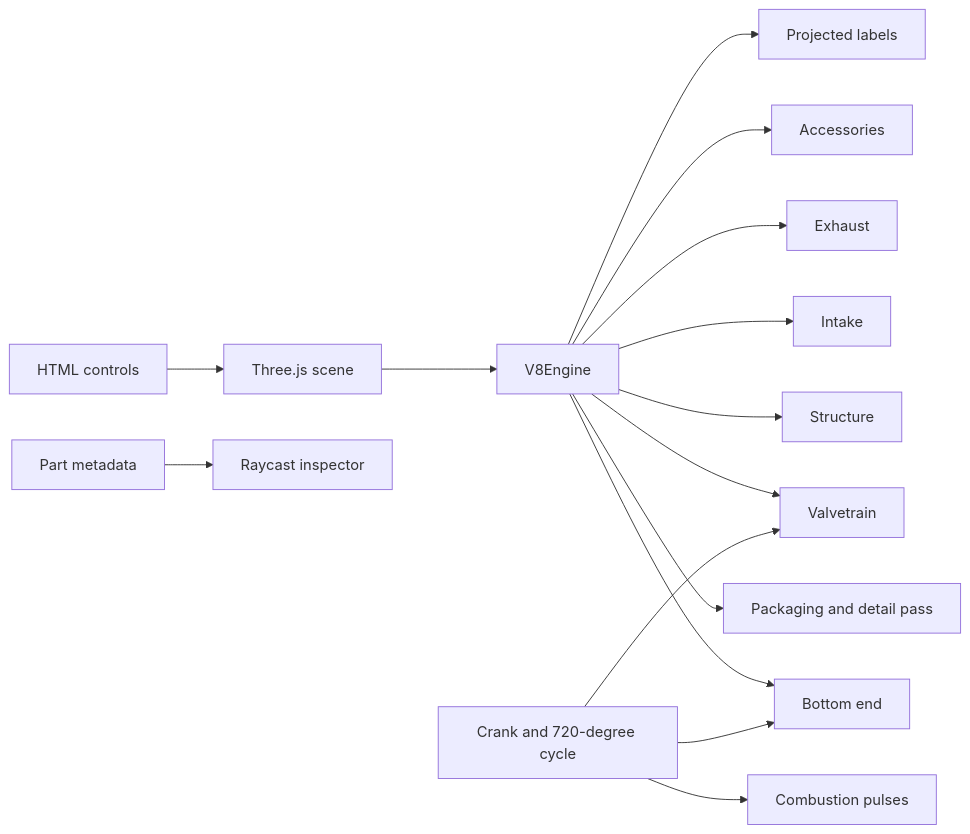
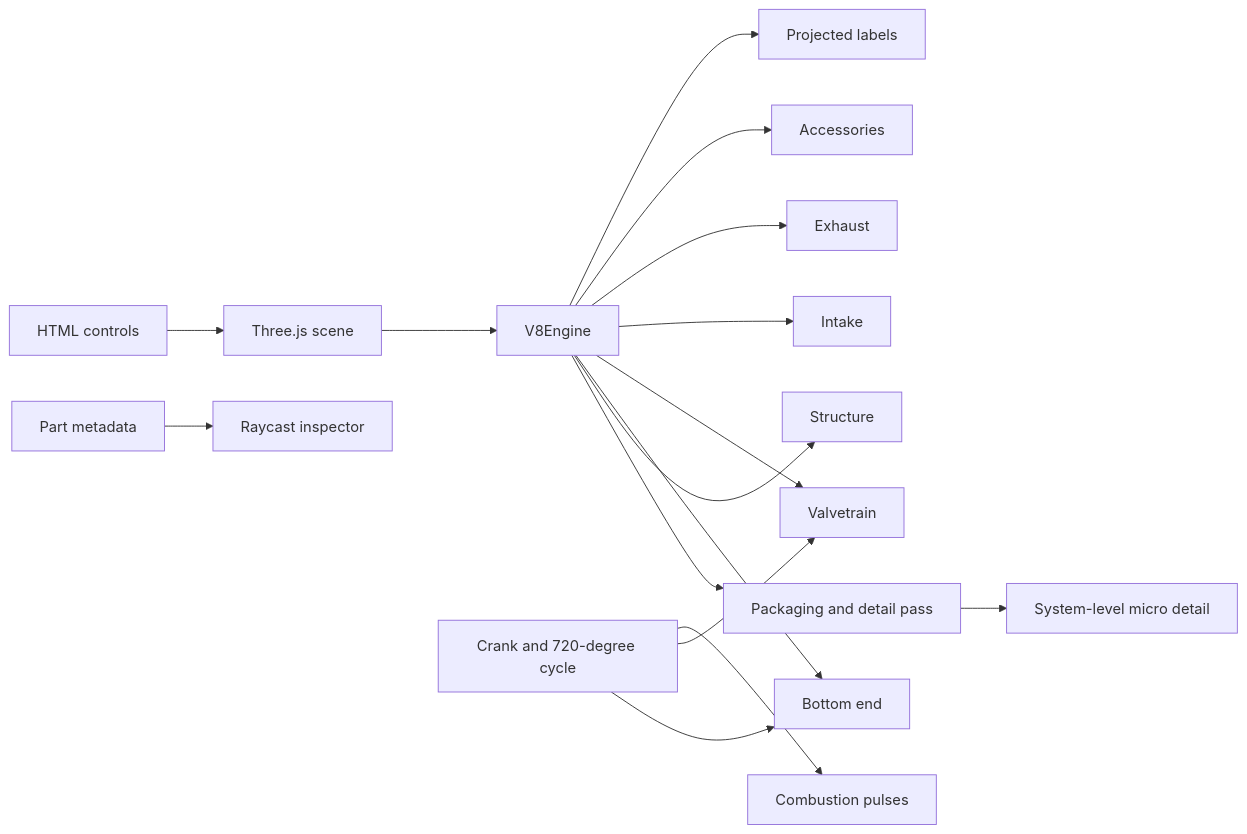
The diagram in README.md (ahojukka5/v8_engine), drawn with Mermaid before and after one commit. The commit also changed other lines of this file, not shown here.

Commit message:
Document second-stage mechanical detail

````diff
--- a/README.md
+++ b/README.md
@@ -88,17 +108,18 @@
 ```mermaid
 flowchart LR
     UI[HTML controls] --> Scene[Three.js scene]
     Scene --> Engine[V8Engine]
     Engine --> DetailPass[Packaging and detail pass]
+    DetailPass --> MicroDetail[System-level micro detail]
     Engine --> Structure[Structure]
     Engine --> Rotating[Bottom end]
     Engine --> Valvetrain[Valvetrain]
     Engine --> Intake[Intake]
     Engine --> Exhaust[Exhaust]
     Engine --> Accessories[Accessories]
     Clock[Crank and 720-degree cycle] --> Rotating
     Clock --> Valvetrain
     Clock --> Fire[Combustion pulses]
     Metadata[Part metadata] --> Picking[Raycast inspector]
     Engine --> Labels[Projected labels]
 ```
````
